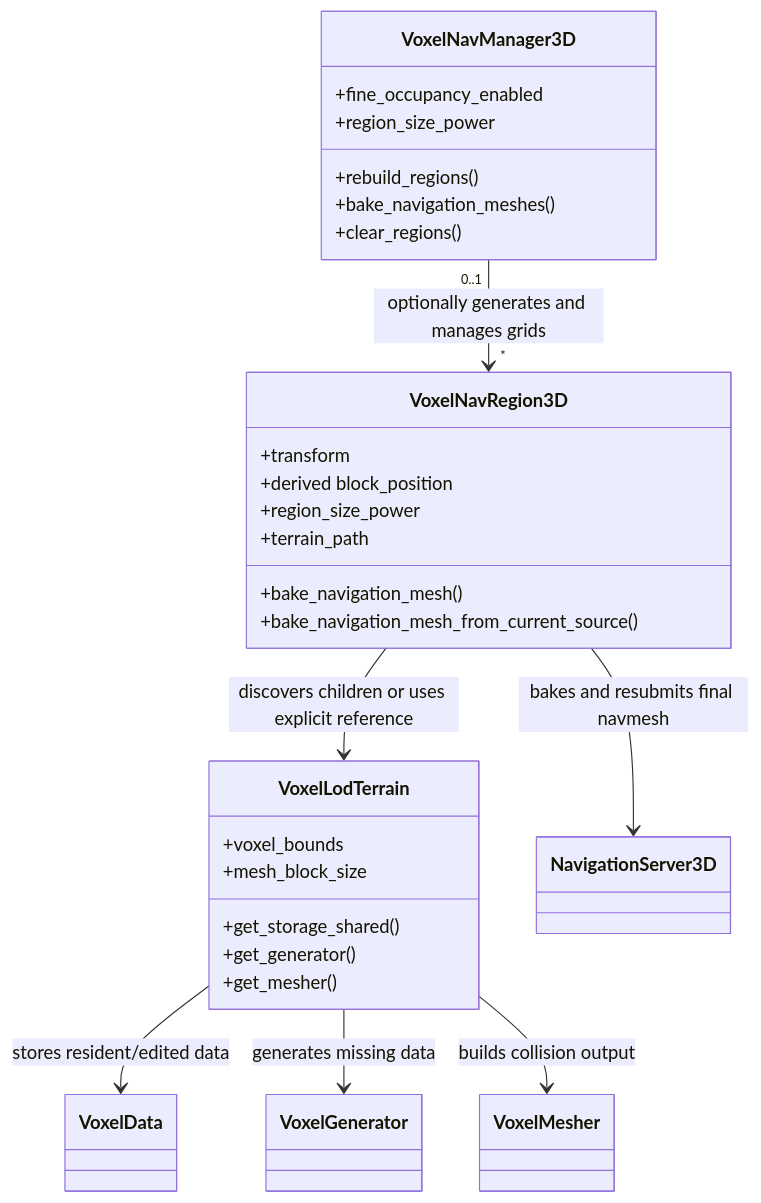
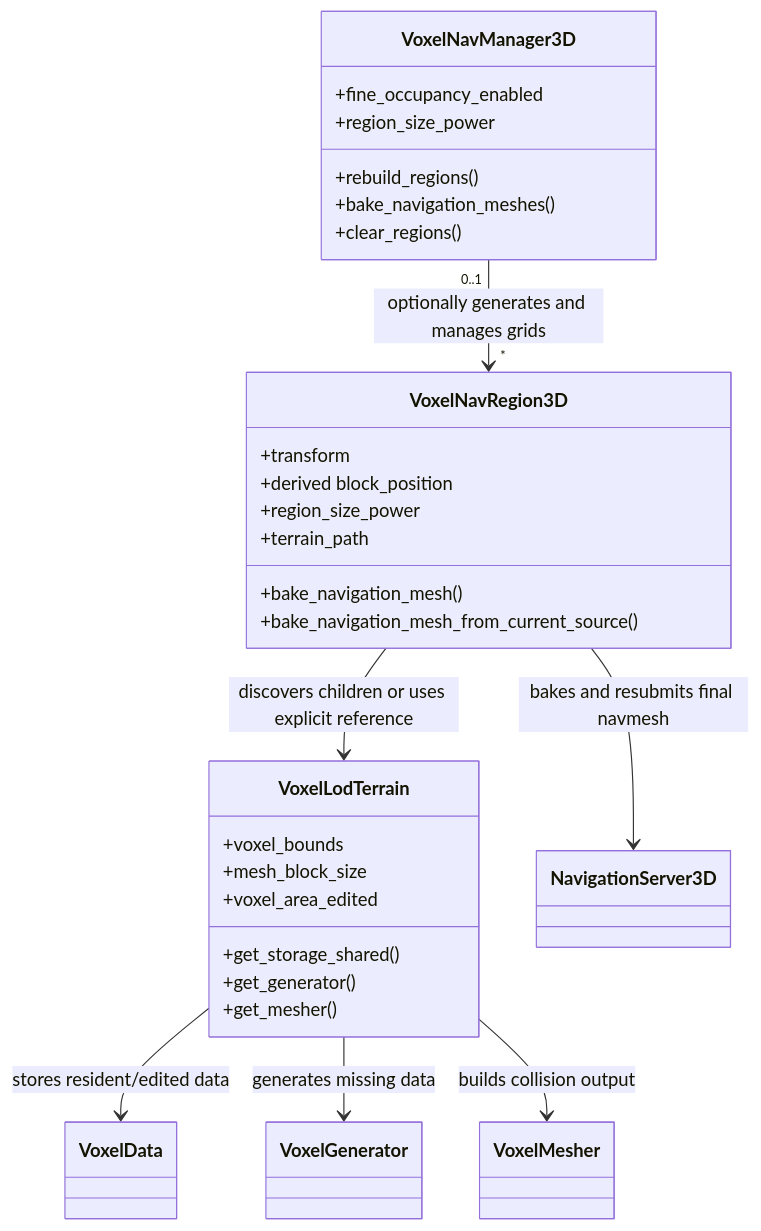
Before and after one commit to chalecampb/godot_voxel: the first of 3 diagrams in doc/voxel_nav_reqs.md, drawn with Mermaid. The commit also changed other lines of this file and 7 other files, not shown here.

````diff
--- a/doc/voxel_nav_reqs.md
+++ b/doc/voxel_nav_reqs.md
@@ -195,39 +213,40 @@
 ```mermaid
 classDiagram
     class VoxelNavManager3D {
         +rebuild_regions()
         +bake_navigation_meshes()
         +clear_regions()
         +fine_occupancy_enabled
         +region_size_power
     }
 
     class VoxelNavRegion3D {
         +transform
         +derived block_position
         +region_size_power
         +terrain_path
         +bake_navigation_mesh()
         +bake_navigation_mesh_from_current_source()
     }
 
     class VoxelLodTerrain {
         +voxel_bounds
         +mesh_block_size
+        +voxel_area_edited
         +get_storage_shared()
         +get_generator()
         +get_mesher()
     }
 
     class VoxelData
     class VoxelGenerator
     class VoxelMesher
     class NavigationServer3D
 
     VoxelNavManager3D "0..1" --> "*" VoxelNavRegion3D : optionally generates and manages grids
     VoxelNavRegion3D --> VoxelLodTerrain : discovers children or uses explicit reference
     VoxelLodTerrain --> VoxelData : stores resident/edited data
     VoxelLodTerrain --> VoxelGenerator : generates missing data
     VoxelLodTerrain --> VoxelMesher : builds collision output
     VoxelNavRegion3D --> NavigationServer3D : bakes and resubmits final navmesh
 ```
````
